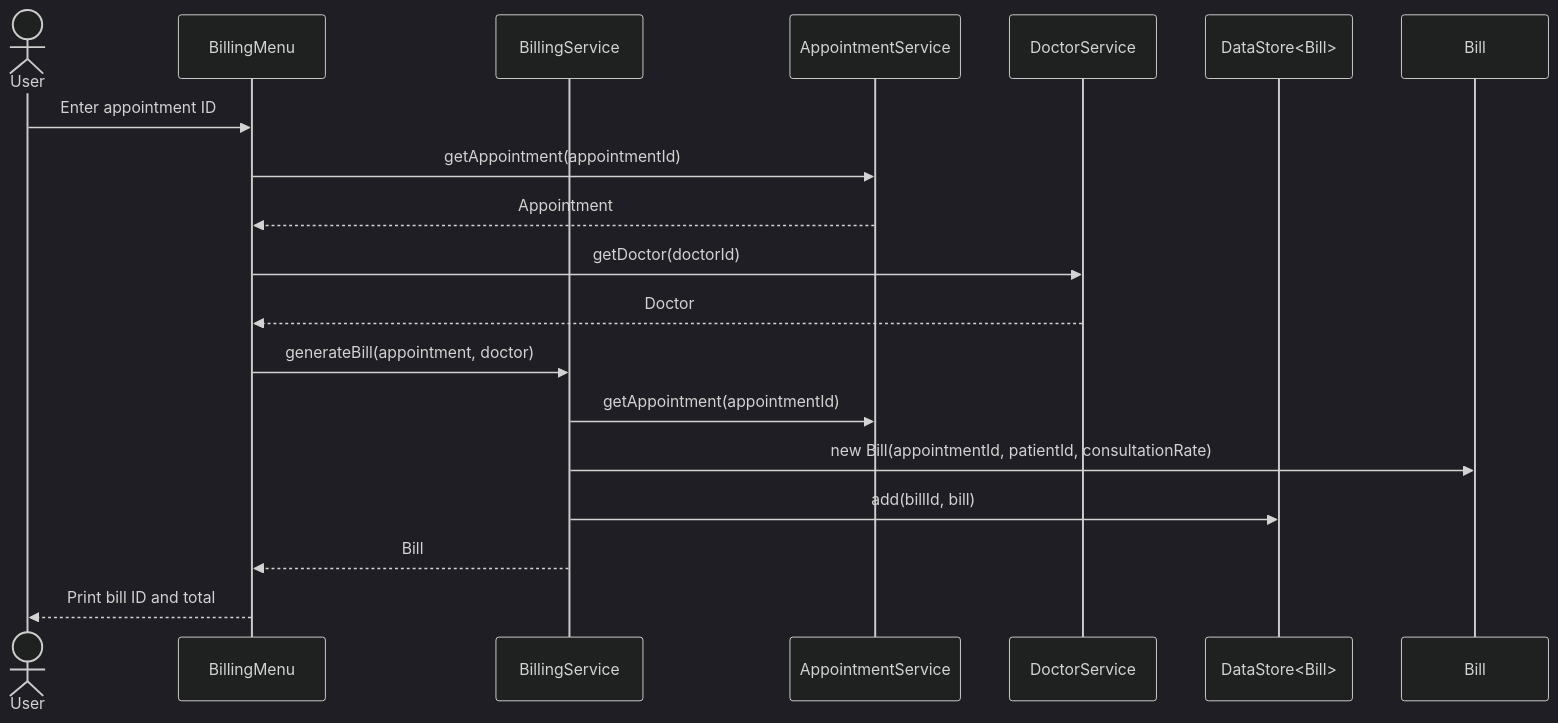
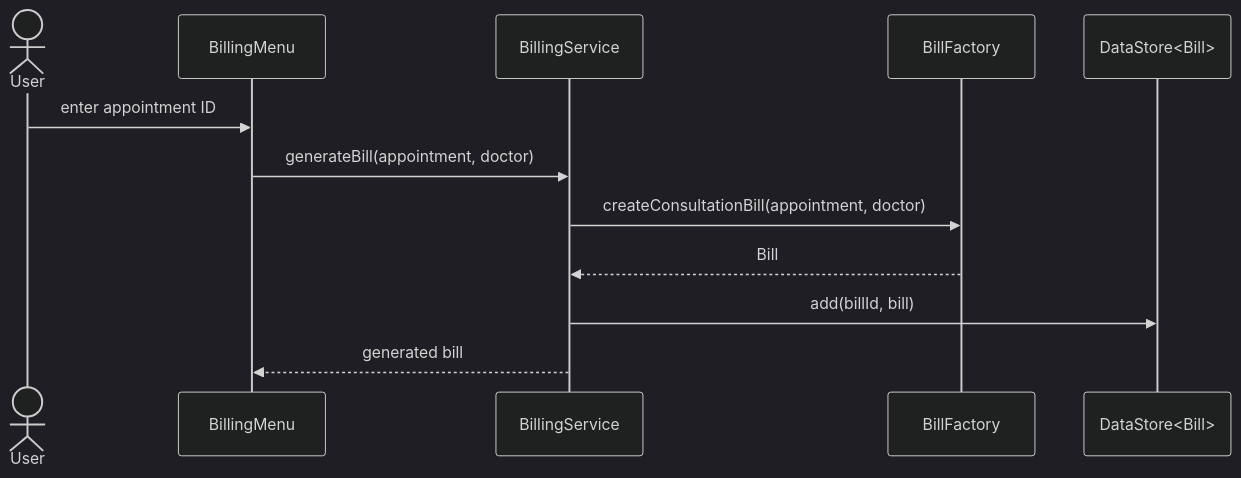
Before and after one commit to Garvit360/Airtribe-Meditrack: the sixth of 6 diagrams in docs/system-design-diagram.md, drawn with Mermaid (dark theme). The commit also changed other lines of this file and 2 other files, not shown here.

````diff
--- a/docs/system-design-diagram.md
+++ b/docs/system-design-diagram.md
@@ -163,22 +149,15 @@
 ```mermaid
 sequenceDiagram
     actor User
     participant Menu as BillingMenu
-    participant BillingService
-    participant AppointmentService
-    participant DoctorService
+    participant Billing as BillingService
+    participant Factory as BillFactory
     participant Store as DataStore<Bill>
-    participant Bill
 
-    User->>Menu: Enter appointment ID
-    Menu->>AppointmentService: getAppointment(appointmentId)
-    AppointmentService-->>Menu: Appointment
-    Menu->>DoctorService: getDoctor(doctorId)
-    DoctorService-->>Menu: Doctor
-    Menu->>BillingService: generateBill(appointment, doctor)
-    BillingService->>AppointmentService: getAppointment(appointmentId)
-    BillingService->>Bill: new Bill(appointmentId, patientId, consultationRate)
-    BillingService->>Store: add(billId, bill)
-    BillingService-->>Menu: Bill
-    Menu-->>User: Print bill ID and total
+    User->>Menu: enter appointment ID
+    Menu->>Billing: generateBill(appointment, doctor)
+    Billing->>Factory: createConsultationBill(appointment, doctor)
+    Factory-->>Billing: Bill
+    Billing->>Store: add(billId, bill)
+    Billing-->>Menu: generated bill
 ```
````
